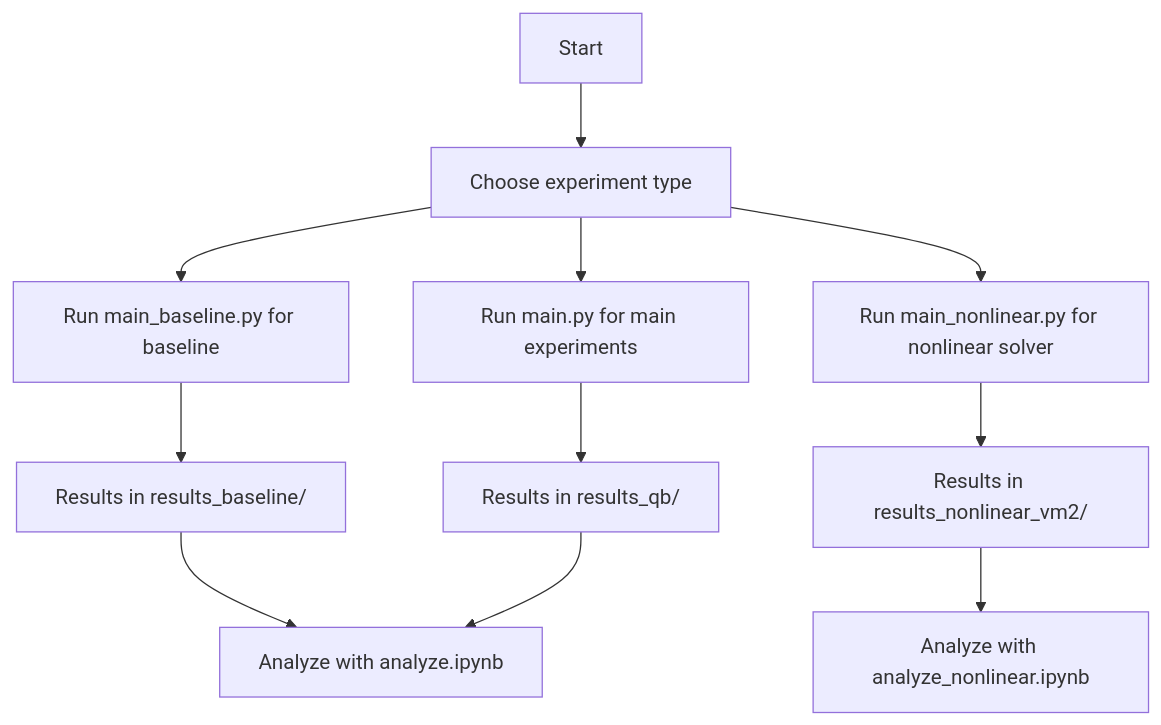
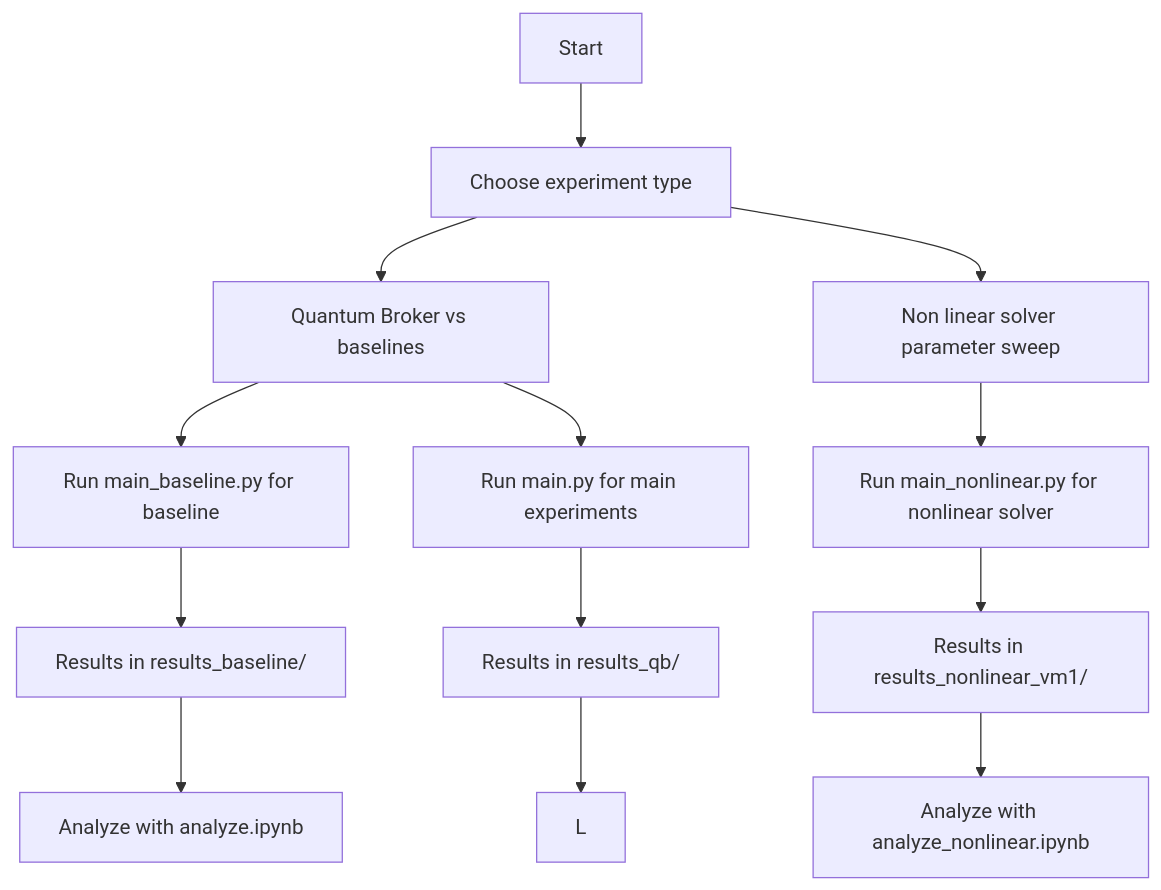
The diagram in README.md (alebocci/QBexps), drawn with Mermaid before and after one commit. The commit also changed other lines of this file and 5733 other files, not shown here.

````diff
--- a/README.md
+++ b/README.md
@@ -77,13 +77,15 @@
 ```mermaid
 flowchart TD
     A[Start] --> B[Choose experiment type]
-    B --> C[Run main_baseline.py for baseline]
-    B --> D[Run main.py for main experiments]
-    B --> E[Run main_nonlinear.py for nonlinear solver]
-    C --> F[Results in results_baseline/]
-    D --> G[Results in results_qb/]
-    E --> H[Results in results_nonlinear_vm2/]
-    F --> I[Analyze with analyze.ipynb]
-    G --> I
-    H --> J[Analyze with analyze_nonlinear.ipynb]
+    B --> C[Quantum Broker vs baselines]
+    B --> D[Non linear solver parameter sweep] 
+    C --> E[Run main_baseline.py for baseline]
+    C --> F[Run main.py for main experiments]
+    D --> G[Run main_nonlinear.py for nonlinear solver]
+    E --> H[Results in results_baseline/]
+    F --> I[Results in results_qb/]
+    G --> J[Results in results_nonlinear_vm1/]
+    H --> K[Analyze with analyze.ipynb]
+    I --> L
+    J --> M[Analyze with analyze_nonlinear.ipynb]
 ```
````
